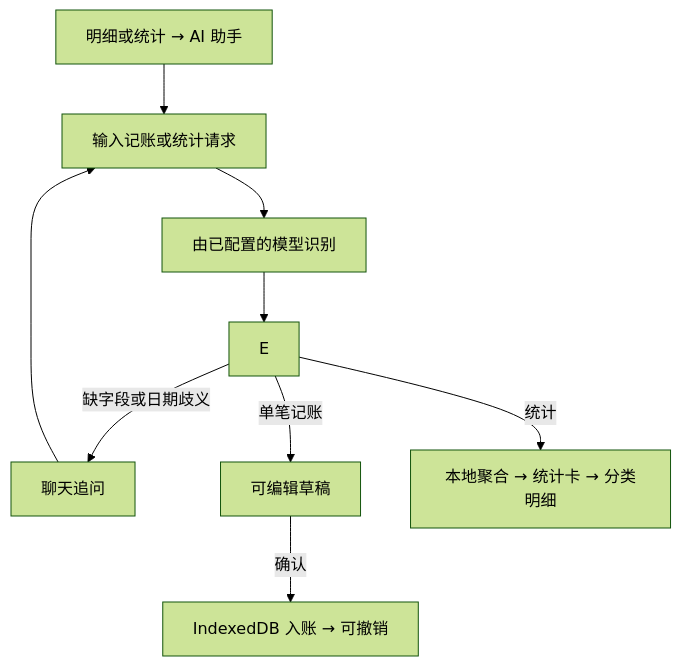
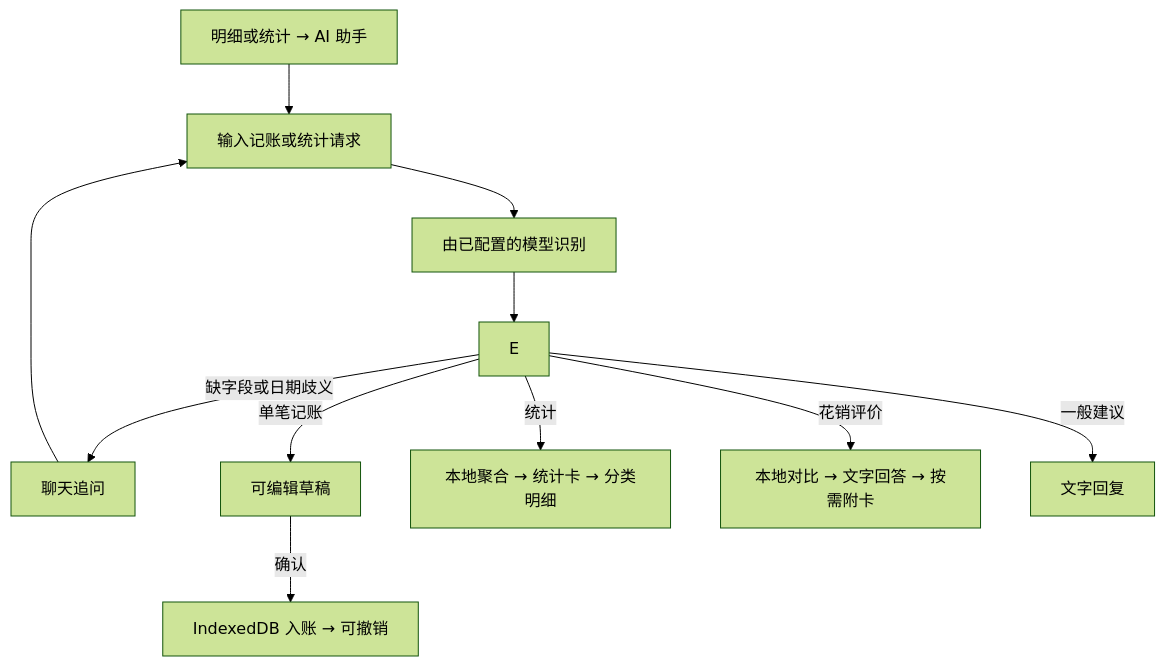
Before and after one commit to wuhene/simple-ledger: the diagram in wiki/2026-11-24/AI助手-交互与技术方案.md, drawn with Mermaid (forest theme). The commit also changed other lines of this file and 10 other files, not shown here.

````diff
--- a/wiki/2026-11-24/AI助手-交互与技术方案.md
+++ b/wiki/2026-11-24/AI助手-交互与技术方案.md
@@ -11,11 +12,13 @@
 ```mermaid
 flowchart TD
   A["明细或统计 → AI 助手"] --> B["输入记账或统计请求"]
   B --> D["由已配置的模型识别"]
   D --> E
   E -->|"缺字段或日期歧义"| F["聊天追问"]
   F --> B
   E -->|"单笔记账"| G["可编辑草稿"]
   G -->|"确认"| H["IndexedDB 入账 → 可撤销"]
   E -->|"统计"| I["本地聚合 → 统计卡 → 分类明细"]
+  E -->|"花销评价"| J["本地对比 → 文字回答 → 按需附卡"]
+  E -->|"一般建议"| K["文字回复"]
 ```
````
